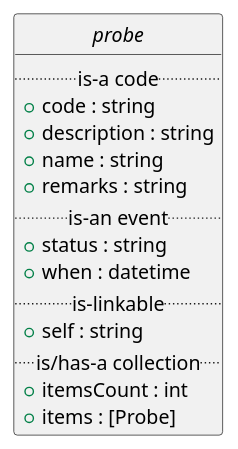
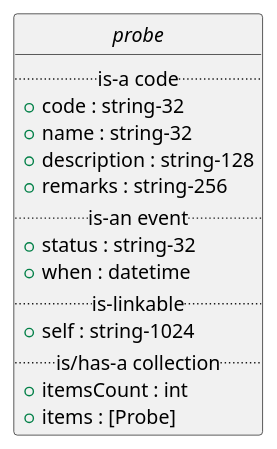
Before and after one commit to EciStg/order-placement: the third of 3 diagrams in probe/probe.org, drawn with PlantUML. The commit also changed other lines of this file and 8 other files, not shown here.

Commit message:
added string lengths to graphviz objects

```diff
--- a/probe/probe.org
+++ b/probe/probe.org
@@ -104,21 +104,21 @@
 #+BEGIN_SRC plantuml :file ../images/probe-class-diagram.puml.png :exports results
 @startuml
 hide circle
 
 interface probe {
 .. is-a code ..
-{field} + code : string
-{field} + description : string
-{field} + name : string
-{field} + remarks : string
+{field} + code : string-32
+{field} + name : string-32
+{field} + description : string-128
+{field} + remarks : string-256
 .. is-an event ..
-{field} + status : string
+{field} + status : string-32
 {field} + when : datetime
 .. is-linkable ..
-{field} + self : string
+{field} + self : string-1024
 .. is/has-a collection ..
 {field} + itemsCount : int
 {field} + items : [Probe]
 }
 @enduml
 #+END_SRC
```
